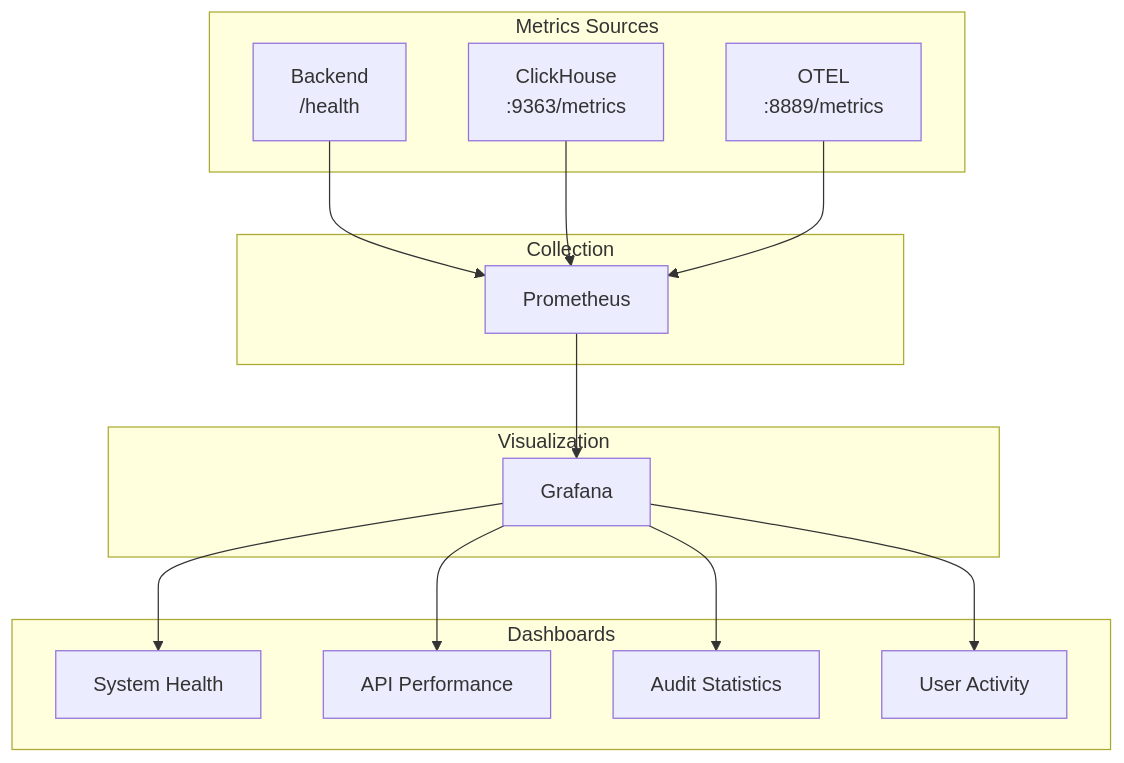
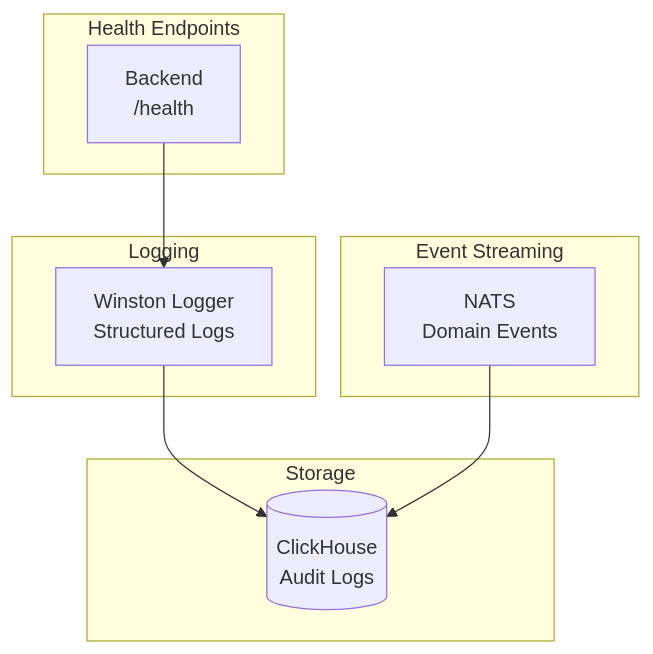
Diagram 14 of 14 in docs/ARCHITECTURE_DIAGRAMS.md (telemetryflow/telemetryflow-core), drawn with Mermaid before and after one commit. The commit also changed other lines of this file and 2428 other files, not shown here.

````diff
--- a/docs/ARCHITECTURE_DIAGRAMS.md
+++ b/docs/ARCHITECTURE_DIAGRAMS.md
@@ -842,32 +916,22 @@
 ```mermaid
 graph TB
-    subgraph "Metrics Sources"
+    subgraph "Health Endpoints"
         BE[Backend<br/>/health]
-        CH[ClickHouse<br/>:9363/metrics]
-        OTEL[OTEL<br/>:8889/metrics]
     end
 
-    subgraph "Collection"
-        Prom[Prometheus]
+    subgraph "Logging"
+        Winston[Winston Logger<br/>Structured Logs]
     end
 
-    subgraph "Visualization"
-        Graf[Grafana]
+    subgraph "Event Streaming"
+        NATS[NATS<br/>Domain Events]
     end
 
-    subgraph "Dashboards"
-        D1[System Health]
-        D2[API Performance]
-        D3[Audit Statistics]
-        D4[User Activity]
+    subgraph "Storage"
+        CH[(ClickHouse<br/>Audit Logs)]
     end
 
-    BE --> Prom
-    CH --> Prom
-    OTEL --> Prom
-    Prom --> Graf
-    Graf --> D1
-    Graf --> D2
-    Graf --> D3
-    Graf --> D4
+    BE --> Winston
+    Winston --> CH
+    NATS --> CH
 ```
````
